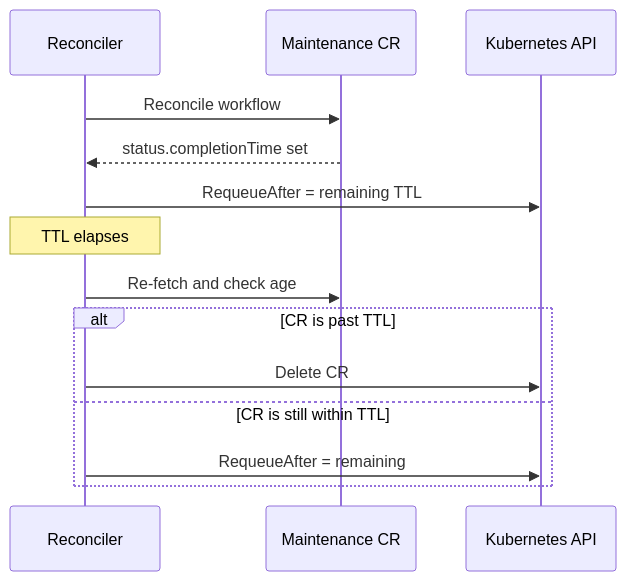
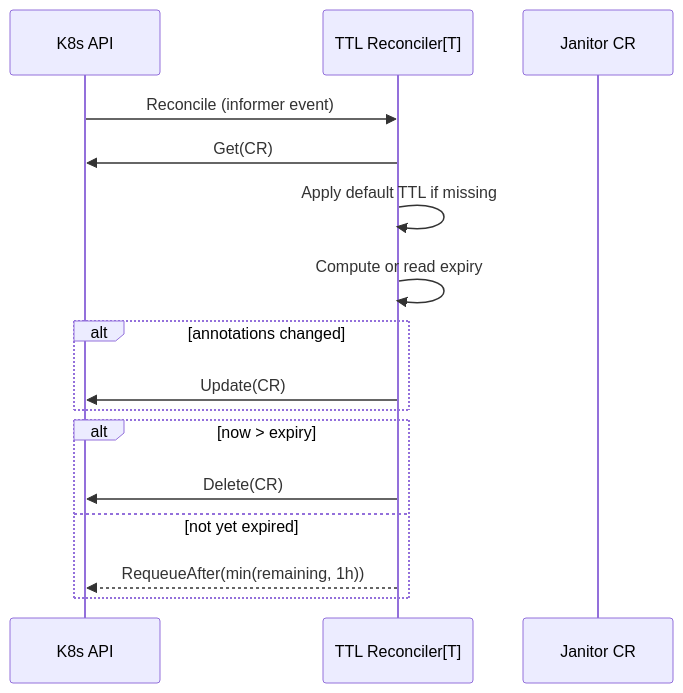
Before and after one commit to XRFXLP/NVSentinel: the diagram in docs/designs/037-janitor-cr-ttl-cleanup.md, drawn with Mermaid. The commit also changed other lines of this file, not shown here.

````diff
--- a/docs/designs/037-janitor-cr-ttl-cleanup.md
+++ b/docs/designs/037-janitor-cr-ttl-cleanup.md
@@ -32,17 +52,19 @@
 ```mermaid
 sequenceDiagram
-    participant R as Reconciler
-    participant CR as Maintenance CR
-    participant K as Kubernetes API
+    participant K as K8s API
+    participant R as TTL Reconciler[T]
+    participant CR as Janitor CR
 
-    R->>CR: Reconcile workflow
-    CR-->>R: status.completionTime set
-    R->>K: RequeueAfter = remaining TTL
-    Note over R: TTL elapses
-    R->>CR: Re-fetch and check age
-    alt CR is past TTL
-        R->>K: Delete CR
-    else CR is still within TTL
-        R->>K: RequeueAfter = remaining
+    K->>R: Reconcile (informer event)
+    R->>K: Get(CR)
+    R->>R: Apply default TTL if missing
+    R->>R: Compute or read expiry
+    alt annotations changed
+        R->>K: Update(CR)
+    end
+    alt now > expiry
+        R->>K: Delete(CR)
+    else not yet expired
+        R-->>K: RequeueAfter(min(remaining, 1h))
     end
 ```
````
